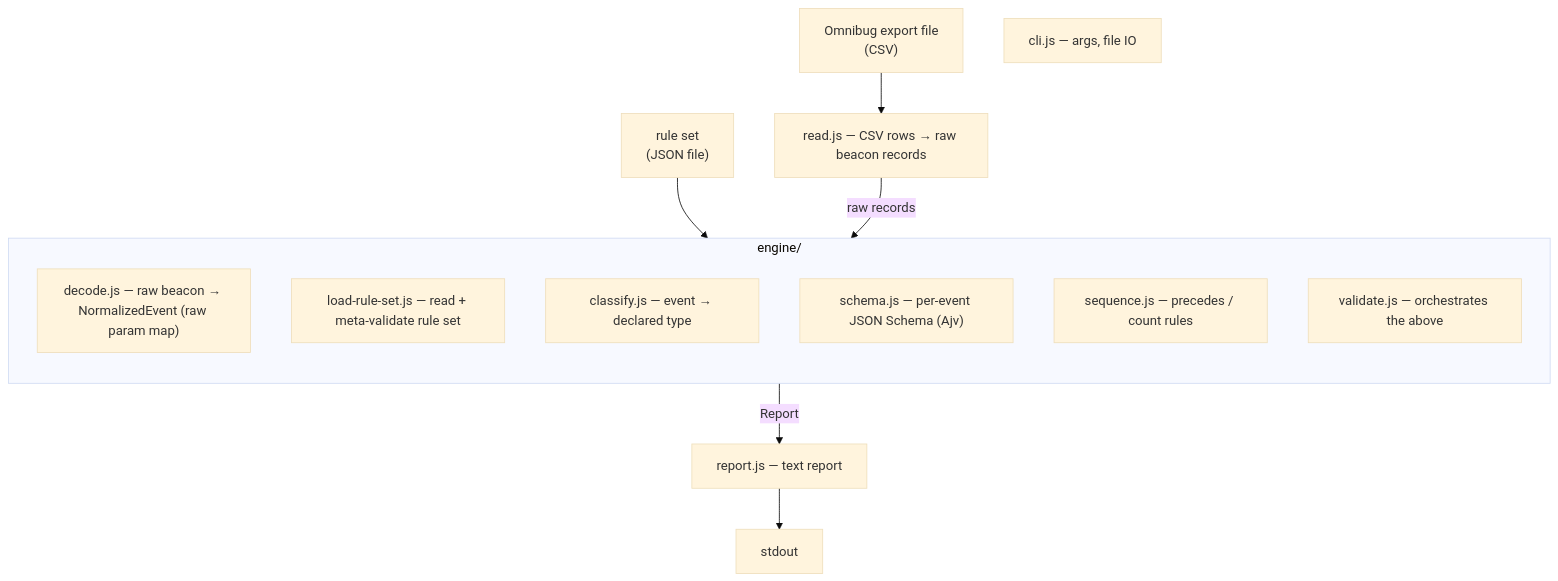
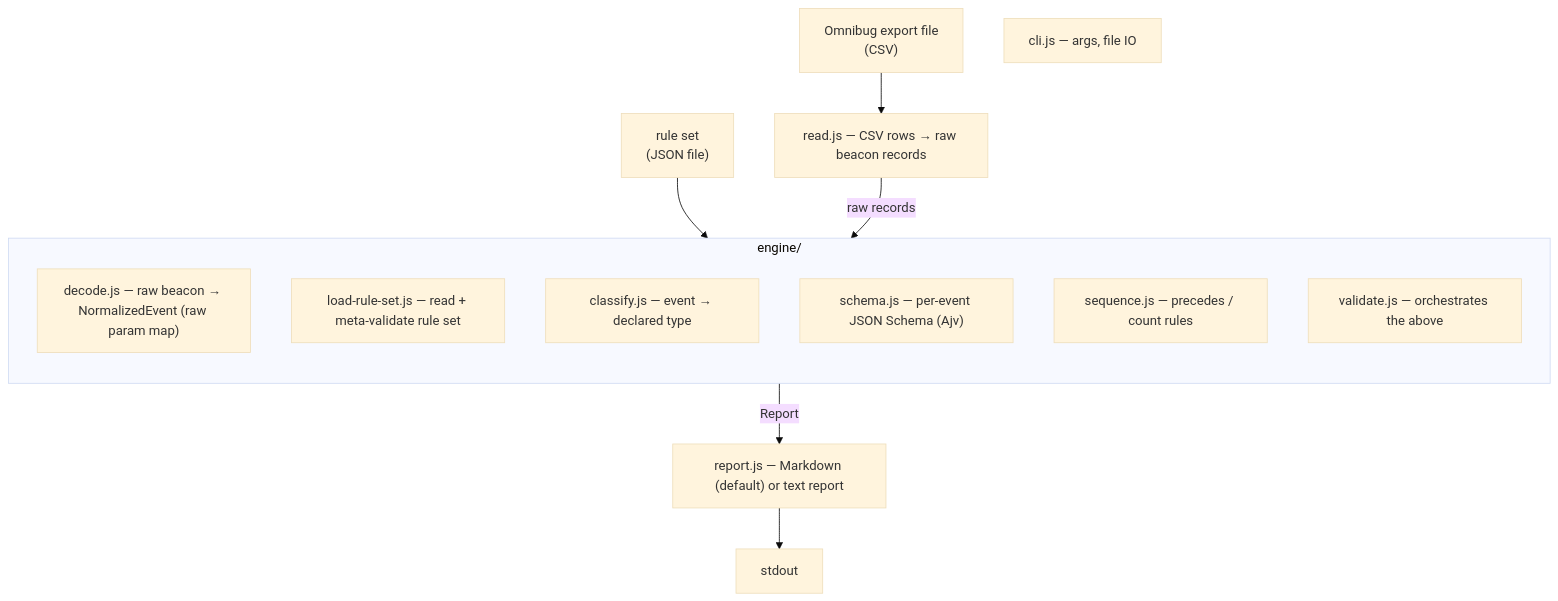
The first of 2 diagrams in docs/design.md (andresdiegolanda/tracewright), drawn with Mermaid (base theme) before and after one commit. The commit also changed other lines of this file and 5 other files, not shown here.

First line of the commit message:
Add a --format flag with Markdown and text report renderers

````diff
--- a/docs/design.md
+++ b/docs/design.md
@@ -63,25 +63,25 @@
 ```mermaid
 flowchart TD
     export["Omnibug export file<br/>(CSV)"] --> read
     ruleSet["rule set<br/>(JSON file)"] --> engine
 
     read["read.js — CSV rows → raw beacon records"]
 
     subgraph engine["engine/"]
         direction TB
         decode["decode.js — raw beacon → NormalizedEvent (raw param map)"]
         load["load-rule-set.js — read + meta-validate rule set"]
         classify["classify.js — event → declared type"]
         schema["schema.js — per-event JSON Schema (Ajv)"]
         sequence["sequence.js — precedes / count rules"]
         validate["validate.js — orchestrates the above"]
     end
 
-    report["report.js — text report"]
+    report["report.js — Markdown (default) or text report"]
 
     read -->|"raw records"| engine
     engine -->|Report| report
     report --> stdout["stdout"]
 
     cli["cli.js — args, file IO"]
 ```
````
